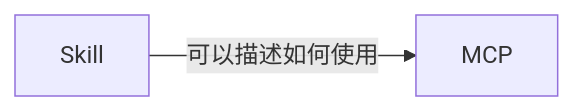
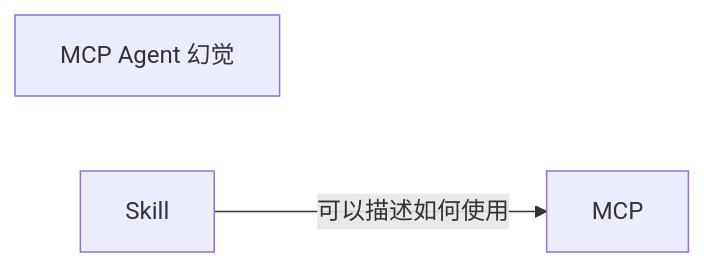
Before and after one commit to z-Zihan/LLM-101: the sixth of 10 diagrams in 知识网络.md, drawn with Mermaid. The commit also changed other lines of this file and 5 other files, not shown here.

First line of the commit message:
docs(mcp): add MCPHallu hallucination taxonomy section on MCP agent failure modes (#22)

````diff
--- a/知识网络.md
+++ b/知识网络.md
@@ -428,6 +429,7 @@
 ```mermaid
 flowchart LR
     n_mcp["MCP"]
+    n_mcp_agent_hallucination["MCP Agent 幻觉"]
     n_skill["Skill"]
     n_skill -->|"可以描述如何使用"| n_mcp
 ```
````
